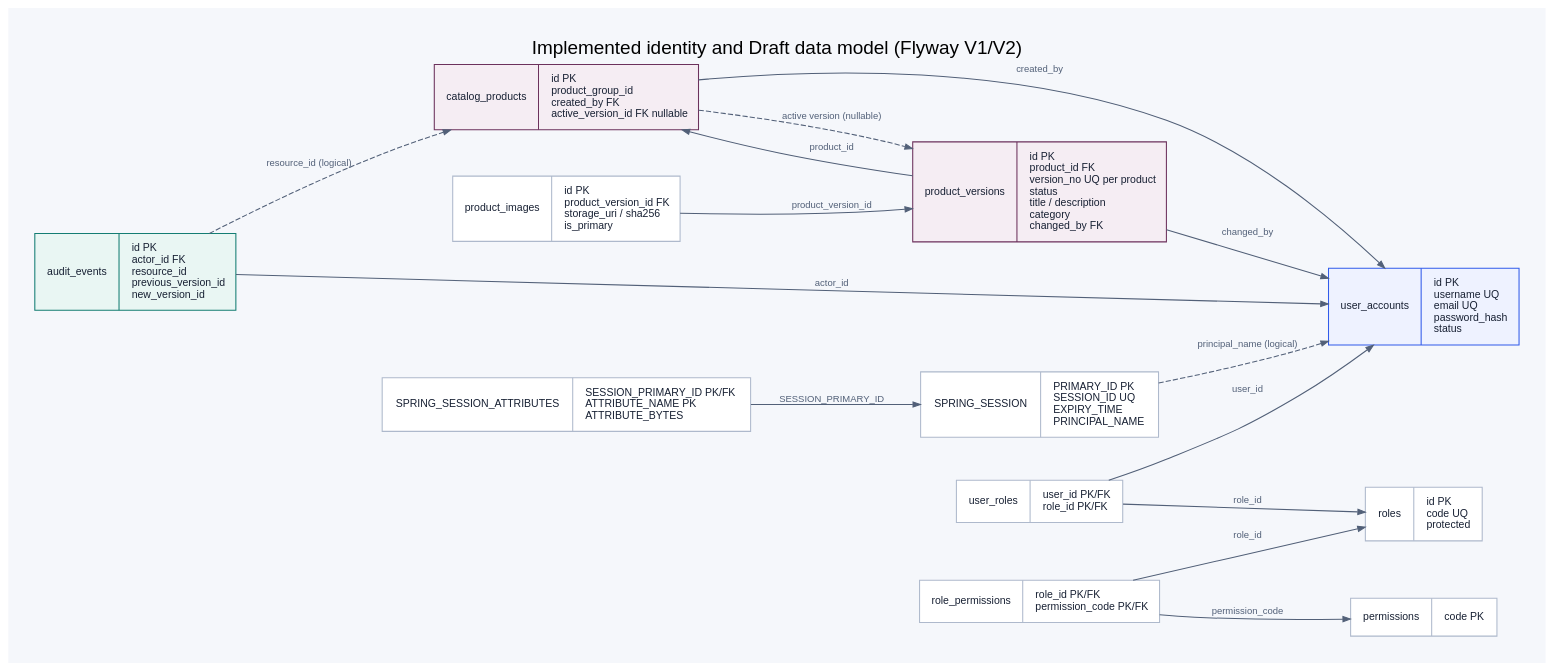
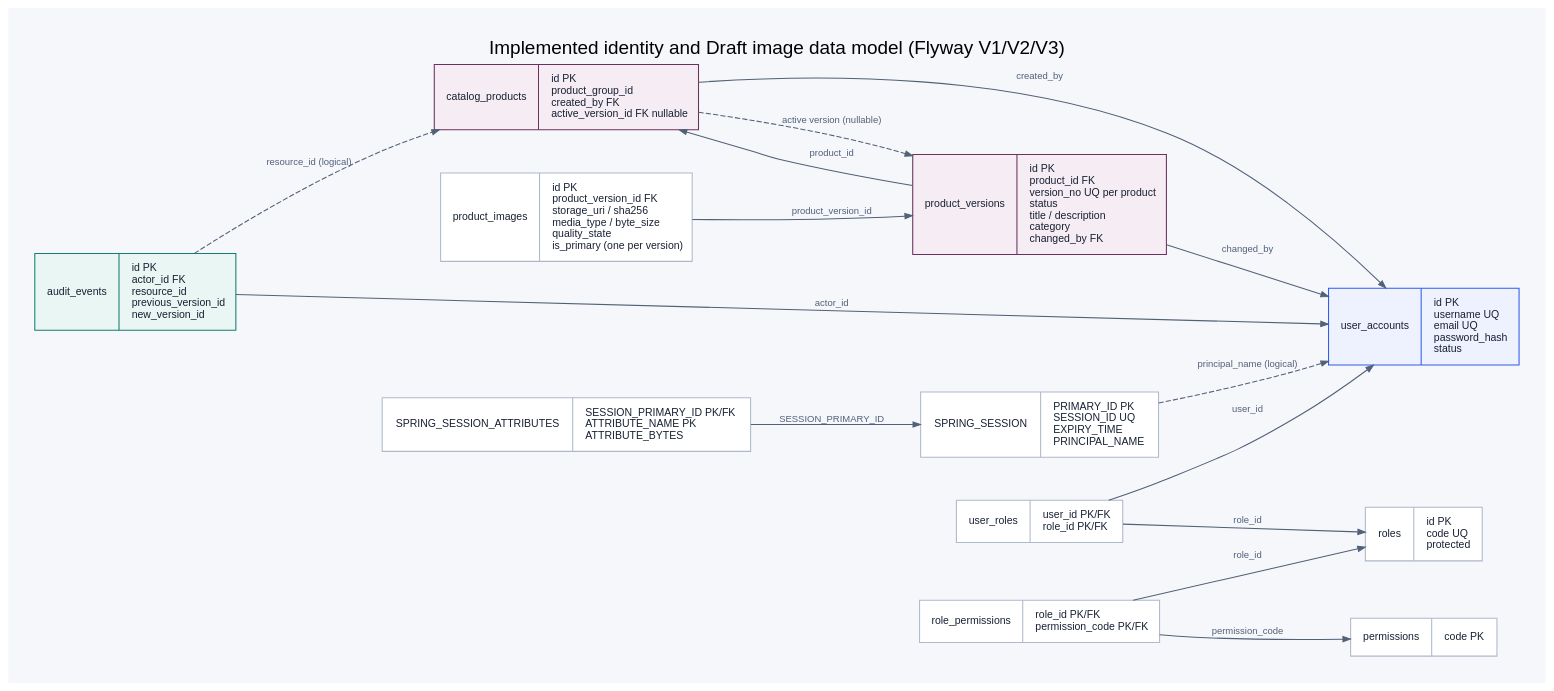
One commit to khoapoke/fasearch changed the diagram in tools/diagrams/week6/identity-catalog-erd.v1.dot. Above: the diagram before and after it, drawn with Graphviz. The commit also changed 35 other files, not shown here.

Commit message:
feat(catalog): add versioned draft image upload

```diff
--- a/tools/diagrams/week6/identity-catalog-erd.v1.dot
+++ b/tools/diagrams/week6/identity-catalog-erd.v1.dot
@@ -1,34 +1,34 @@
 digraph IdentityCatalogERD {
   graph [rankdir=LR, bgcolor="#f5f7fb", pad="0.35", nodesep="0.55", ranksep="0.75",
          fontname="Arial", fontsize="18", labelloc="t",
-         label="Implemented identity and Draft data model (Flyway V1/V2)"];
+         label="Implemented identity and Draft image data model (Flyway V1/V2/V3)"];
   node [shape=record, style="filled", fillcolor="#ffffff", color="#aeb9cc",
         fontcolor="#172033", fontname="Arial", fontsize="10", margin="0.16,0.12"];
   edge [color="#526078", fontcolor="#526078", fontname="Arial", fontsize="9", arrowsize="0.7"];
 
   accounts [label="{user_accounts|id PK\lusername UQ\lemail UQ\lpassword_hash\lstatus\l}", fillcolor="#eef2ff", color="#315bea"];
   roles [label="{roles|id PK\lcode UQ\lprotected\l}"];
   permissions [label="{permissions|code PK\l}"];
   user_roles [label="{user_roles|user_id PK/FK\lrole_id PK/FK\l}"];
   role_permissions [label="{role_permissions|role_id PK/FK\lpermission_code PK/FK\l}"];
   sessions [label="{SPRING_SESSION|PRIMARY_ID PK\lSESSION_ID UQ\lEXPIRY_TIME\lPRINCIPAL_NAME\l}"];
   session_attributes [label="{SPRING_SESSION_ATTRIBUTES|SESSION_PRIMARY_ID PK/FK\lATTRIBUTE_NAME PK\lATTRIBUTE_BYTES\l}"];
   products [label="{catalog_products|id PK\lproduct_group_id\lcreated_by FK\lactive_version_id FK nullable\l}", fillcolor="#f5edf3", color="#6c315c"];
   versions [label="{product_versions|id PK\lproduct_id FK\lversion_no UQ per product\lstatus\ltitle / description\lcategory\lchanged_by FK\l}", fillcolor="#f5edf3", color="#6c315c"];
-  images [label="{product_images|id PK\lproduct_version_id FK\lstorage_uri / sha256\lis_primary\l}"];
+  images [label="{product_images|id PK\lproduct_version_id FK\lstorage_uri / sha256\lmedia_type / byte_size\lquality_state\lis_primary (one per version)\l}"];
   audit [label="{audit_events|id PK\lactor_id FK\lresource_id\lprevious_version_id\lnew_version_id\l}", fillcolor="#e9f6f3", color="#147d73"];
 
   user_roles -> accounts [label="user_id"];
   user_roles -> roles [label="role_id"];
   role_permissions -> roles [label="role_id"];
   role_permissions -> permissions [label="permission_code"];
   sessions -> accounts [label="principal_name (logical)", style=dashed];
   session_attributes -> sessions [label="SESSION_PRIMARY_ID"];
   products -> accounts [label="created_by"];
   versions -> products [label="product_id"];
   versions -> accounts [label="changed_by"];
   products -> versions [label="active version (nullable)", style=dashed];
   images -> versions [label="product_version_id"];
   audit -> accounts [label="actor_id"];
   audit -> products [label="resource_id (logical)", style=dashed];
 }
```
